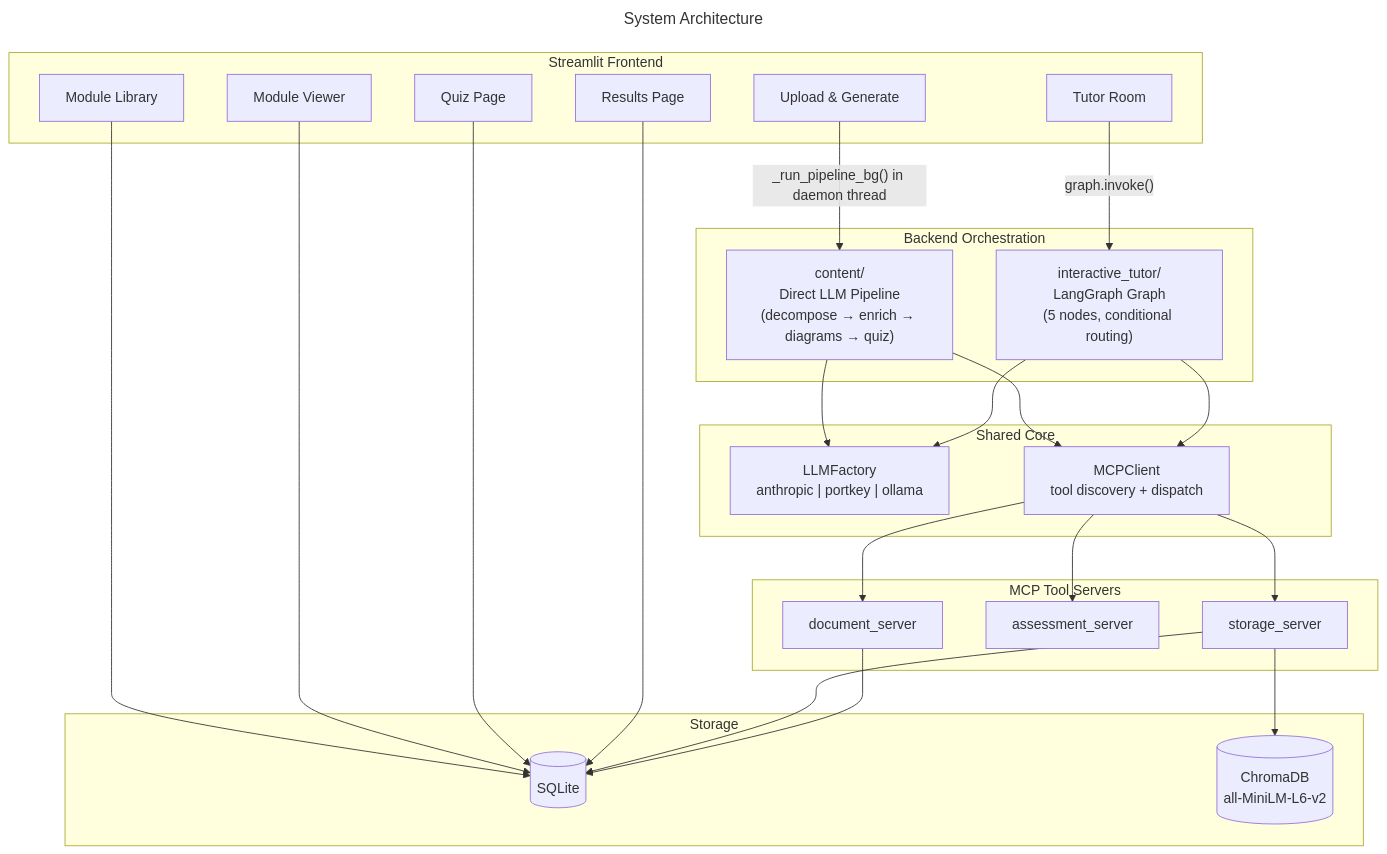
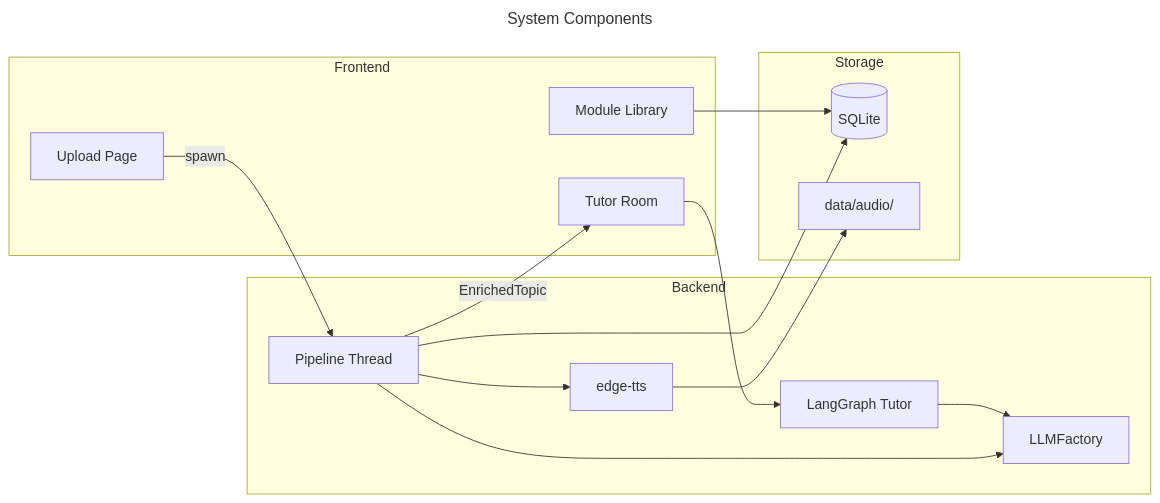
Before and after one commit to bijesh-p/deepl-ai-tutor: the second of 6 diagrams in ARCHITECTURE.md, drawn with Mermaid. The commit also changed other lines of this file and 1 other file, not shown here.

First line of the commit message:
[Phase 13] Simplify diagrams and rewrite ARCHITECTURE.md

````diff
--- a/ARCHITECTURE.md
+++ b/ARCHITECTURE.md
@@ -12,45 +66,33 @@
 ```mermaid
 ---
-title: System Architecture
+title: System Components
 ---
-flowchart TD
-    subgraph Frontend["Streamlit Frontend"]
-        UP[Upload & Generate]
+flowchart LR
+    subgraph Frontend
+        UP[Upload Page]
+        TUTOR[Tutor Room]
         LIB[Module Library]
-        LEARN[Module Viewer]
-        QUIZ[Quiz Page]
-        RES[Results Page]
-        TUTOR[Tutor Room]
     end
 
-    subgraph Orchestration["Backend Orchestration"]
-        CF["content/\nDirect LLM Pipeline\n(decompose → enrich → diagrams → quiz)"]
-        IT["interactive_tutor/\nLangGraph Graph\n(5 nodes, conditional routing)"]
-    end
-
-    subgraph Core["Shared Core"]
-        LF["LLMFactory\nanthropic | portkey | ollama"]
-        MC["MCPClient\ntool discovery + dispatch"]
-    end
-
-    subgraph MCP["MCP Tool Servers"]
-        DS[document_server]
-        AS[assessment_server]
-        SS[storage_server]
+    subgraph Backend
+        BG[Pipeline Thread]
+        LG[LangGraph Tutor]
+        LLM[LLMFactory]
+        TTS[edge-tts]
     end
 
     subgraph Storage
         DB[(SQLite)]
-        VDB[(ChromaDB\nall-MiniLM-L6-v2)]
+        AUDIO[data/audio/]
     end
 
-    UP -->|"_run_pipeline_bg() in daemon thread"| CF
-    TUTOR -->|"graph.invoke()"| IT
-    LIB & LEARN & QUIZ & RES --> DB
-
-    CF --> MC & LF
-    IT --> MC & LF
-    MC --> DS & AS & SS
-    SS --> DB & VDB
-    DS --> DB
+    UP -->|spawn| BG
+    BG -->|EnrichedTopic| TUTOR
+    TUTOR --> LG
+    BG --> LLM
+    BG --> TTS
+    LG --> LLM
+    TTS --> AUDIO
+    BG --> DB
+    LIB --> DB
 ```
````
